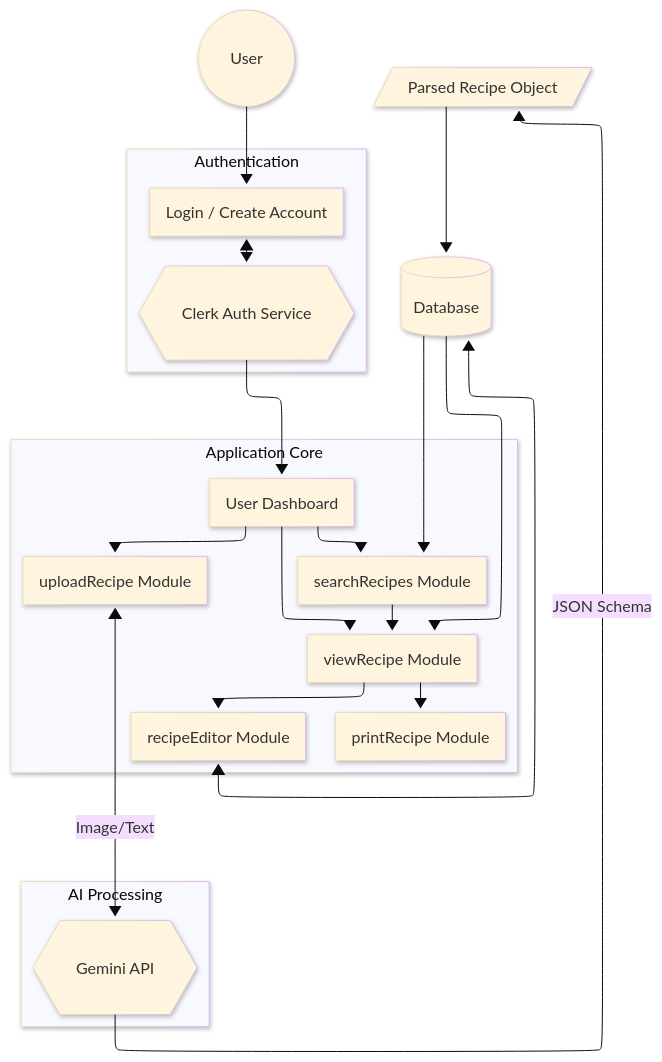
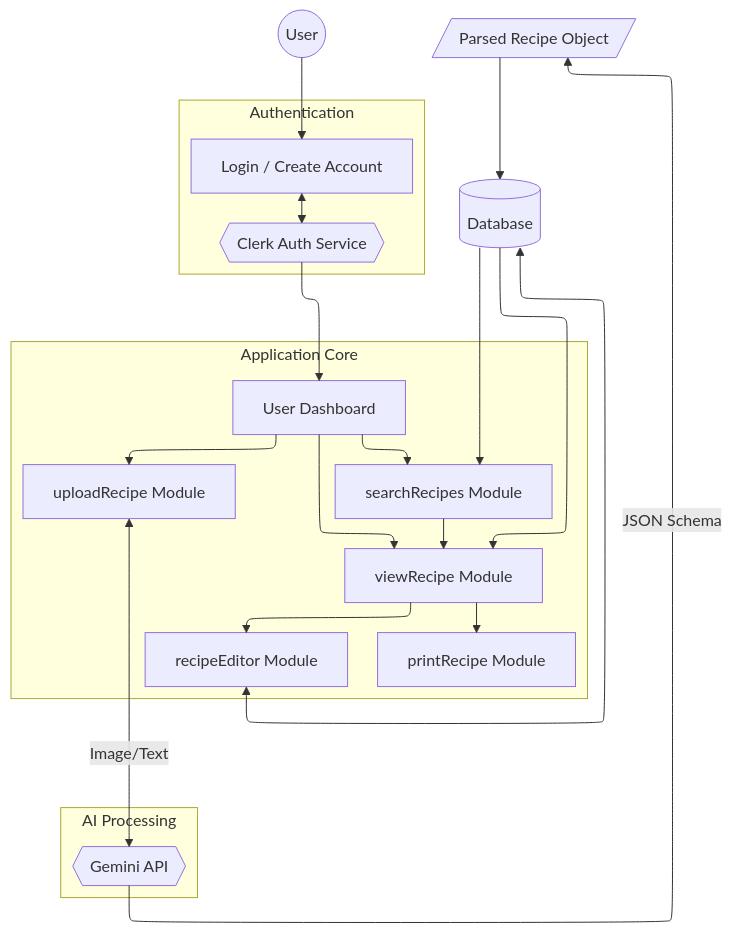
Before and after one commit to dommcdev/chopchop: the diagram in docs/design/architecture-diagram.md, drawn with Mermaid.

Commit message:
Simplify architecture diagram configuration
Removed 'look' and 'theme' settings from diagram config.

````diff
--- a/docs/design/architecture-diagram.md
+++ b/docs/design/architecture-diagram.md
@@ -1,45 +1,43 @@
 ```mermaid
 ---
 config:
   layout: elk
-  look: neo
-  theme: base
 ---
 graph TD
     User((User))
 
     subgraph Auth_Layer [Authentication]
         Login[Login / Create Account]
         Clerk{{Clerk Auth Service}}
     end
 
     subgraph App_Logic [Application Core]
         Dashboard[User Dashboard]
         Upload[uploadRecipe Module]
         Viewer[viewRecipe Module]
         Editor[recipeEditor Module]
         Search[searchRecipes Module]
         Printer[printRecipe Module]
     end
 
     subgraph External_AI [AI Processing]
         Gemini{{Gemini API}}
     end
     User --> Login
     Login <--> Clerk
     Clerk --> Dashboard
     Dashboard --> Upload
     Upload <--> |Image/Text| Gemini
     Gemini --> |JSON Schema| Parsed[/Parsed Recipe Object/]
     Parsed --> DB
     Dashboard --> Search
     Dashboard --> Viewer
 
     Search --> Viewer
     Viewer --> Editor
     Viewer --> Printer
     DB[(Database)]
     Editor <--> DB
     DB --> Viewer
     DB --> Search
 ```
````
